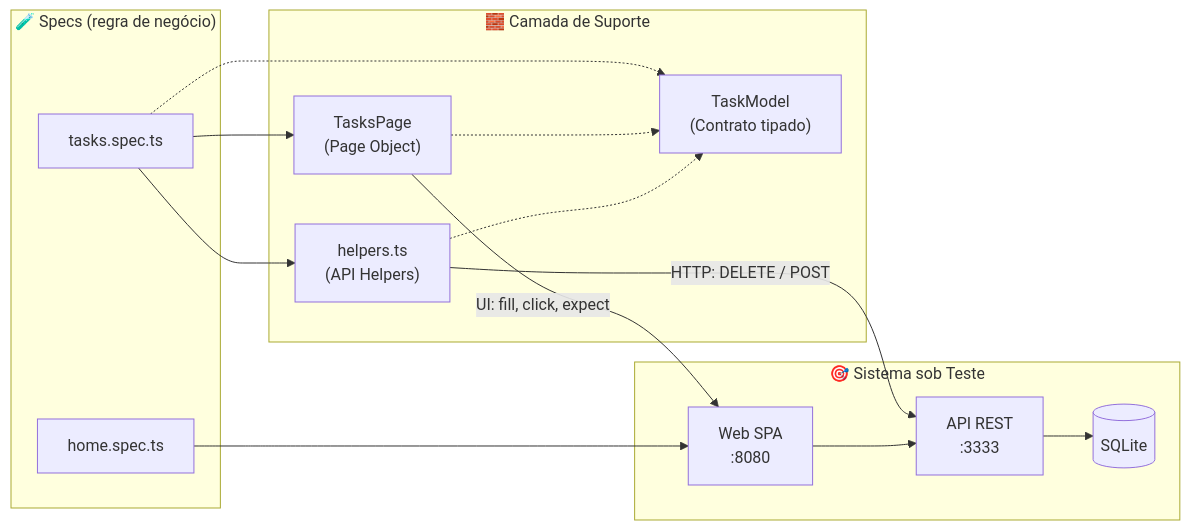
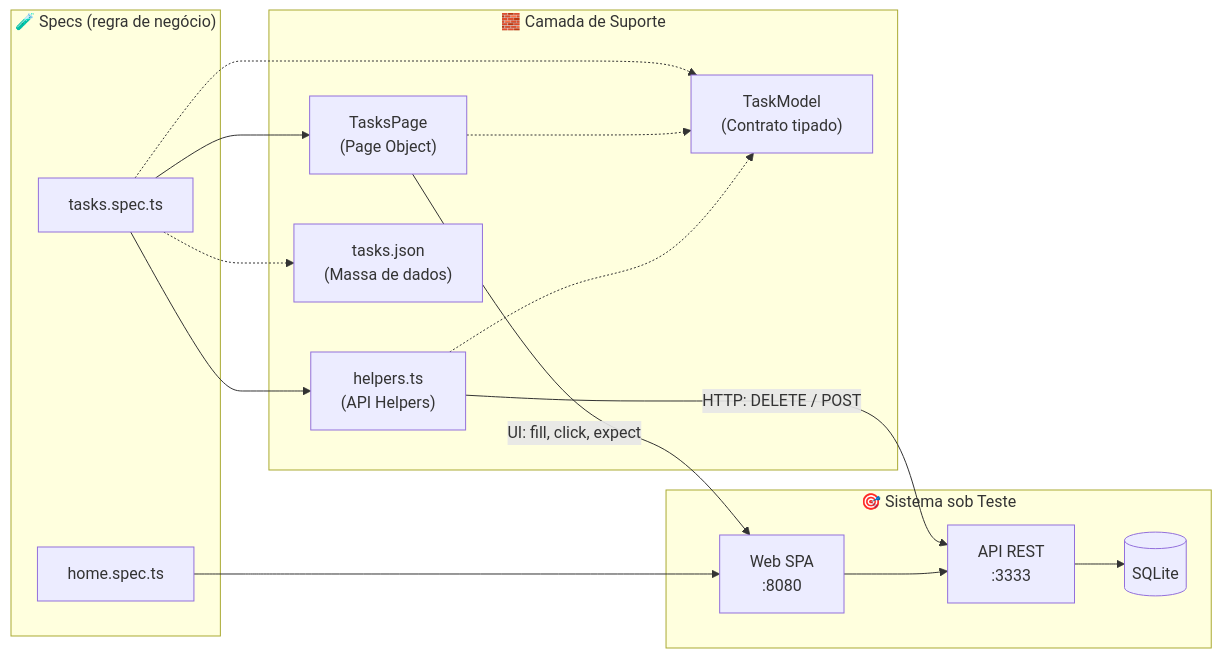
Before and after one commit to DouglasAntoni0/QAx-Playwright: the diagram in README.md, drawn with Mermaid. The commit also changed other lines of this file, not shown here.

Commit message:
docs: atualiza README com cenario de conclusao de tarefa e massa de dados em JSON

````diff
--- a/README.md
+++ b/README.md
@@ -67,30 +69,32 @@
 ```mermaid
 flowchart LR
     subgraph Specs["🧪 Specs (regra de negócio)"]
         H[home.spec.ts]
         T[tasks.spec.ts]
     end
 
     subgraph Support["🧱 Camada de Suporte"]
         PO["TasksPage<br/>(Page Object)"]
         HP["helpers.ts<br/>(API Helpers)"]
         M["TaskModel<br/>(Contrato tipado)"]
+        D["tasks.json<br/>(Massa de dados)"]
     end
 
     subgraph SUT["🎯 Sistema sob Teste"]
         WEB["Web SPA<br/>:8080"]
         API["API REST<br/>:3333"]
         DB[("SQLite")]
     end
 
     T --> PO
     T --> HP
     T -.-> M
+    T -.-> D
     PO -.-> M
     HP -.-> M
     H --> WEB
     PO -->|"UI: fill, click, expect"| WEB
     HP -->|"HTTP: DELETE / POST"| API
     WEB --> API
     API --> DB
 ```
````
